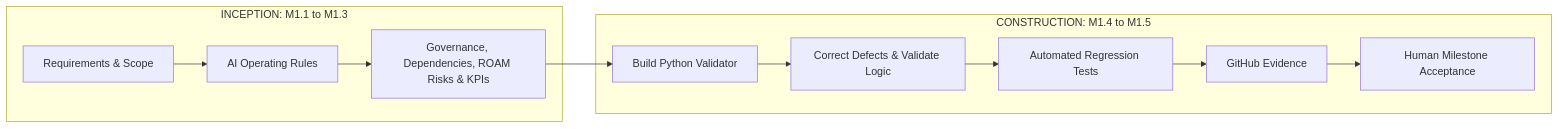
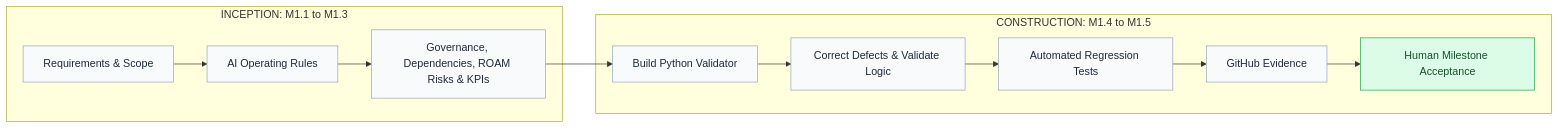
Before and after one commit to mdevi25/customerconnect-api: the third of 3 diagrams in README.md, drawn with Mermaid. The commit also changed other lines of this file, not shown here.

````diff
--- a/README.md
+++ b/README.md
@@ -127,20 +136,27 @@
 ```mermaid
 flowchart LR
     subgraph I["INCEPTION: M1.1 to M1.3"]
         A["Requirements & Scope"]
         B["AI Operating Rules"]
         C["Governance, Dependencies, ROAM Risks & KPIs"]
         A --> B --> C
     end
 
     subgraph D["CONSTRUCTION: M1.4 to M1.5"]
         E["Build Python Validator"]
         F["Correct Defects & Validate Logic"]
         G["Automated Regression Tests"]
         H["GitHub Evidence"]
         J["Human Milestone Acceptance"]
         E --> F --> G --> H --> J
     end
 
     C --> E
+
+    classDef foundation fill:#eef2ff,stroke:#64748b,color:#1e293b
+    classDef role fill:#f8fafc,stroke:#94a3b8,color:#1e293b
+    classDef control fill:#dbeafe,stroke:#2563eb,stroke-width:2px,color:#1e3a8a
+    classDef decision fill:#dcfce7,stroke:#16a34a,color:#14532d
+    class A,B,C,E,F,G,H role
+    class J decision
 ```
````
